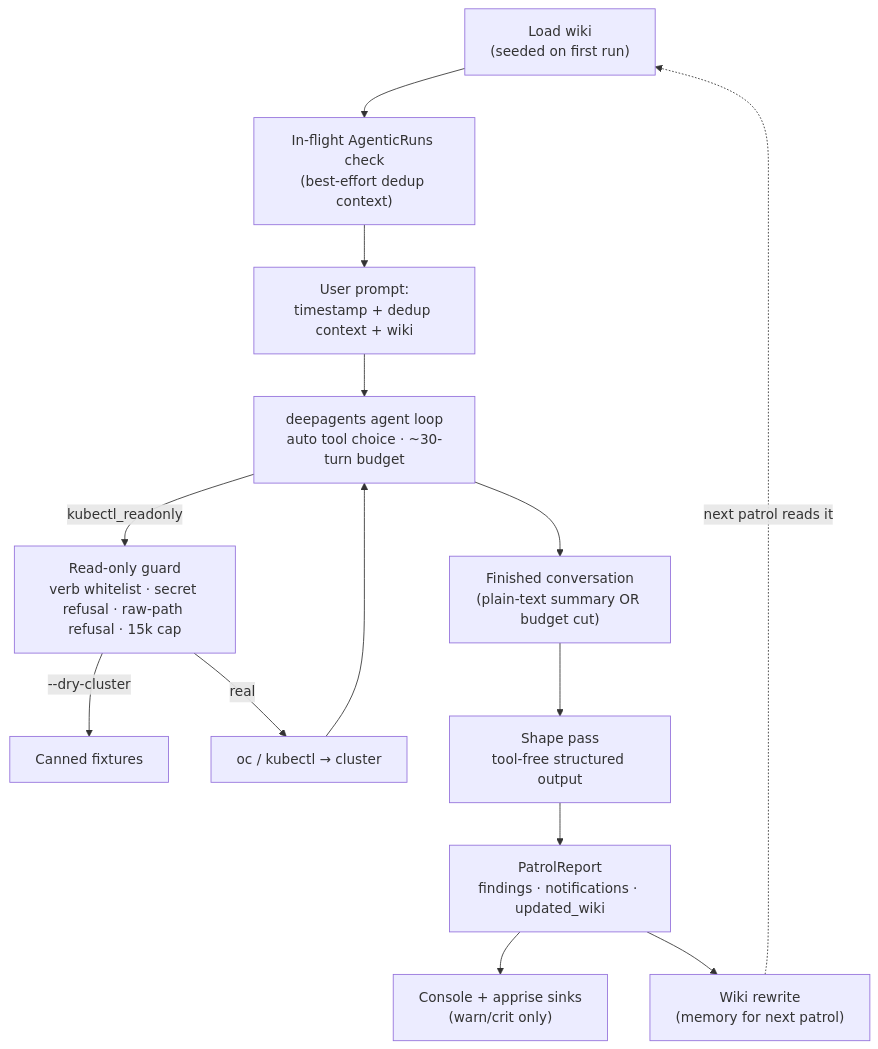
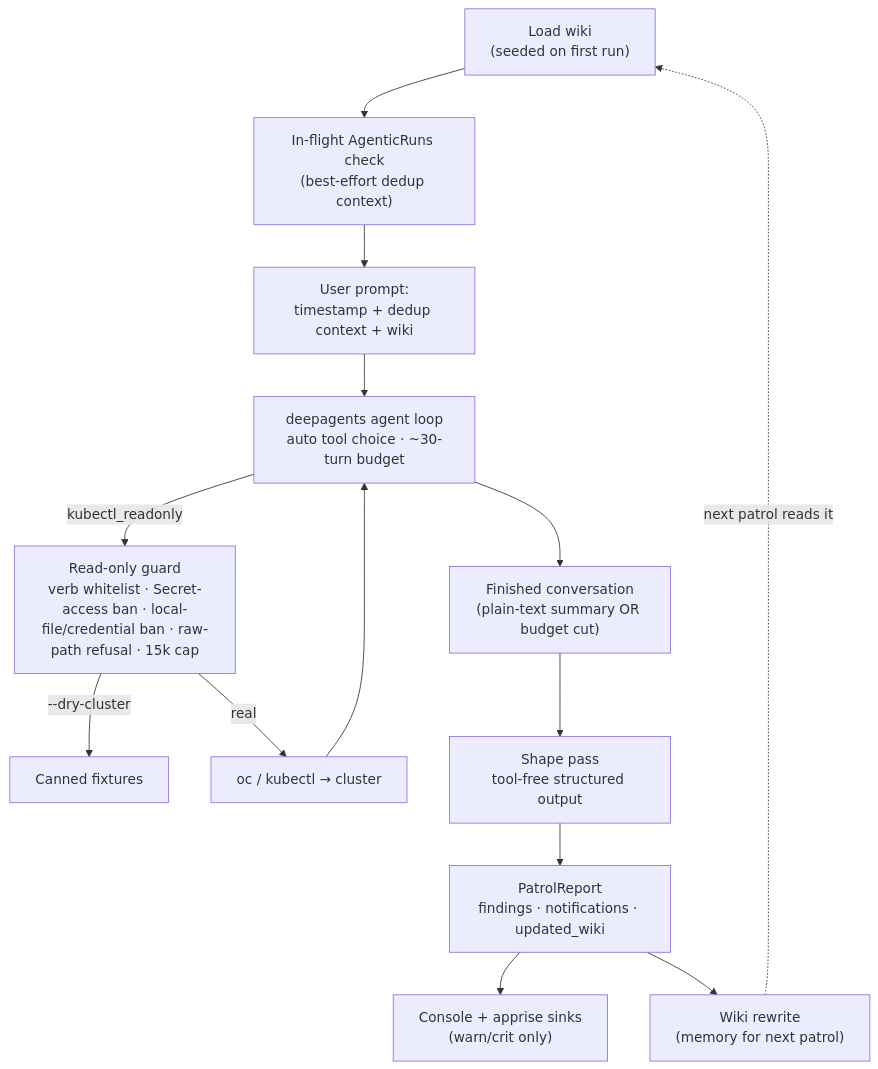
Before and after one commit to thoraxe/ols-patroller: the first of 3 diagrams in ARCHITECTURE.md, drawn with Mermaid. The commit also changed other lines of this file and 11 other files, not shown here.

Commit message:
impl: ban Secret access in full (#33)

````diff
--- a/ARCHITECTURE.md
+++ b/ARCHITECTURE.md
@@ -18,16 +18,16 @@
 ```mermaid
 flowchart TD
     A["Load wiki<br/>(seeded on first run)"] --> B["In-flight AgenticRuns check<br/>(best-effort dedup context)"]
     B --> C["User prompt:<br/>timestamp + dedup context + wiki"]
     C --> D["deepagents agent loop<br/>auto tool choice · ~30-turn budget"]
-    D -->|"kubectl_readonly"| E["Read-only guard<br/>verb whitelist · secret refusal · raw-path refusal · 15k cap"]
+    D -->|"kubectl_readonly"| E["Read-only guard<br/>verb whitelist · Secret-access ban · local-file/credential ban · raw-path refusal · 15k cap"]
     E -->|"--dry-cluster"| F["Canned fixtures"]
     E -->|"real"| G["oc / kubectl → cluster"]
     G --> D
     D --> H["Finished conversation<br/>(plain-text summary OR budget cut)"]
     H --> I["Shape pass<br/>tool-free structured output"]
     I --> J["PatrolReport<br/>findings · notifications · updated_wiki"]
     J --> K["Console + apprise sinks<br/>(warn/crit only)"]
     J --> L["Wiki rewrite<br/>(memory for next patrol)"]
     L -.->|next patrol reads it| A
 ```
````
